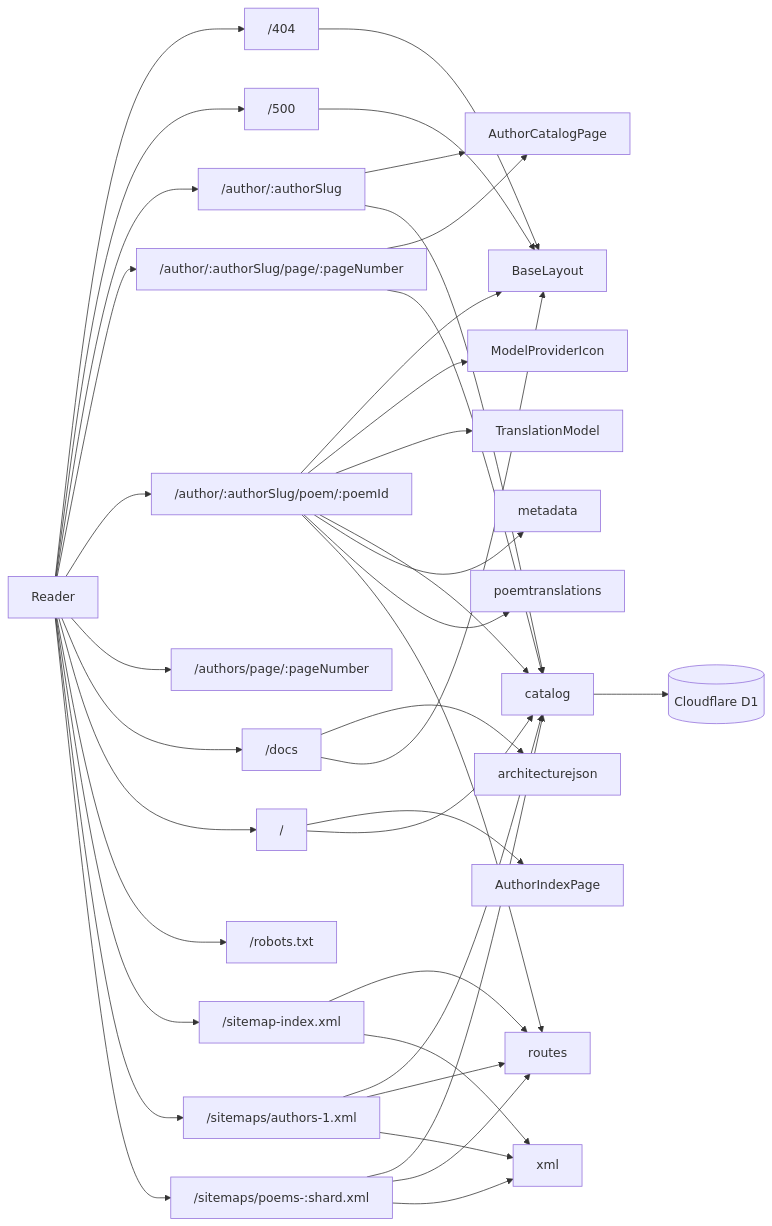
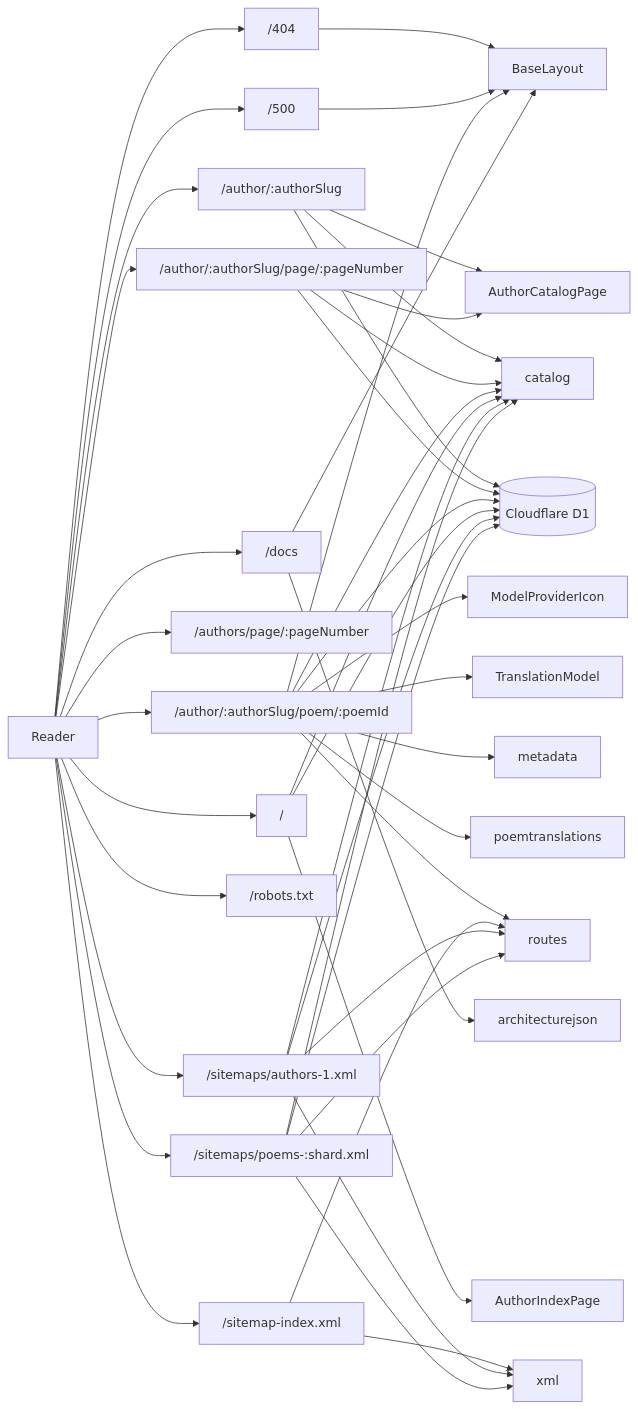
The diagram in typescript/packages/site/public/docs/diagrams/routes.mmd (saqi-app/saqi), drawn with Mermaid before and after one commit. The commit also changed 10 other files, not shown here.

Commit message:
[NO-TICKET] chore: upgrade standards and derive data access diagram

```diff
--- a/typescript/packages/site/public/docs/diagrams/routes.mmd
+++ b/typescript/packages/site/public/docs/diagrams/routes.mmd
@@ -1,64 +1,69 @@
 flowchart LR
   browser["Reader"]
-  d1[("Cloudflare D1")]
   route0["/404"]
   browser --> route0
   module_BaseLayout["BaseLayout"]
   route0 --> module_BaseLayout
   route1["/500"]
   browser --> route1
   route1 --> module_BaseLayout
   route2["/author/:authorSlug"]
   browser --> route2
   module_AuthorCatalogPage["AuthorCatalogPage"]
   route2 --> module_AuthorCatalogPage
   module_catalog["catalog"]
   route2 --> module_catalog
-  module_catalog --> d1
+  d1[("Cloudflare D1")]
+  route2 --> d1
   route3["/author/:authorSlug/page/:pageNumber"]
   browser --> route3
   route3 --> module_AuthorCatalogPage
   route3 --> module_catalog
+  route3 --> d1
   route4["/author/:authorSlug/poem/:poemId"]
   browser --> route4
   route4 --> module_BaseLayout
   module_ModelProviderIcon["ModelProviderIcon"]
   route4 --> module_ModelProviderIcon
   module_TranslationModel["TranslationModel"]
   route4 --> module_TranslationModel
   route4 --> module_catalog
   module_metadata["metadata"]
   route4 --> module_metadata
   module_poemtranslations["poemtranslations"]
   route4 --> module_poemtranslations
   module_routes["routes"]
   route4 --> module_routes
+  route4 --> d1
   route5["/authors/page/:pageNumber"]
   browser --> route5
   route6["/docs"]
   browser --> route6
   module_architecturejson["architecturejson"]
   route6 --> module_architecturejson
   route6 --> module_BaseLayout
   route7["/"]
   browser --> route7
   module_AuthorIndexPage["AuthorIndexPage"]
   route7 --> module_AuthorIndexPage
   route7 --> module_catalog
+  route7 --> d1
   route8["/robots.txt"]
   browser --> route8
   route9["/sitemap-index.xml"]
   browser --> route9
   route9 --> module_routes
   module_xml["xml"]
   route9 --> module_xml
   route10["/sitemaps/authors-1.xml"]
   browser --> route10
   route10 --> module_catalog
   route10 --> module_routes
   route10 --> module_xml
+  route10 --> d1
   route11["/sitemaps/poems-:shard.xml"]
   browser --> route11
   route11 --> module_catalog
   route11 --> module_routes
   route11 --> module_xml
+  route11 --> d1
```
